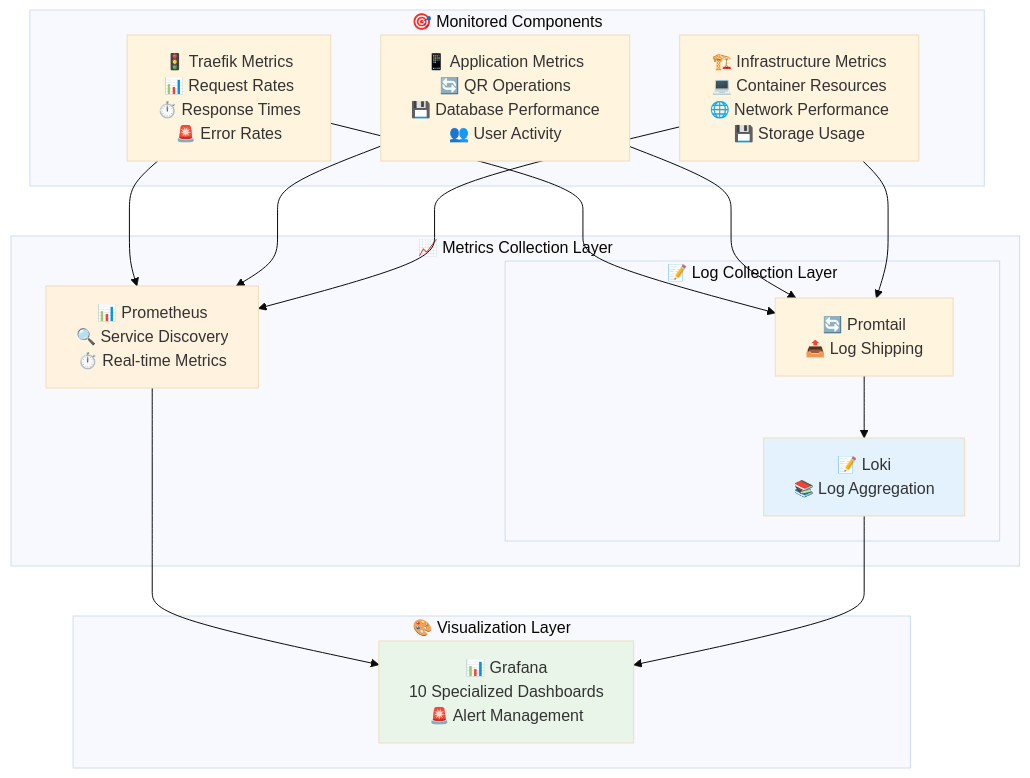
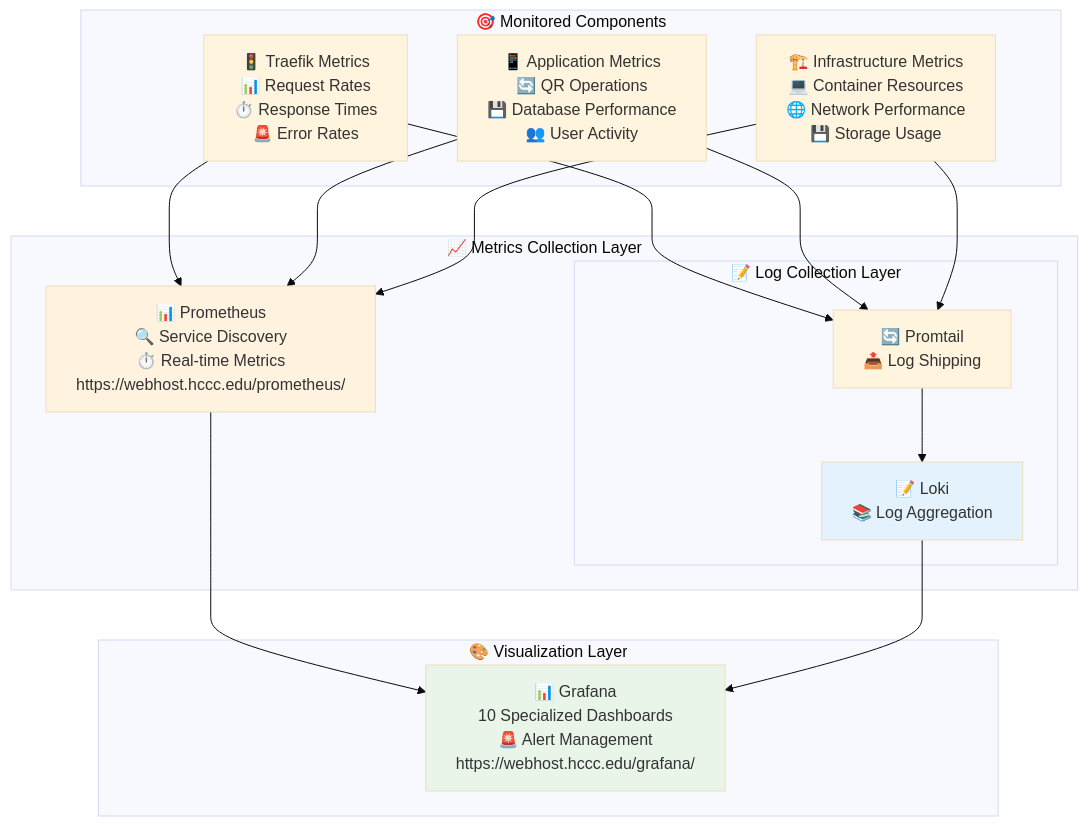
Diagram 12 of 18 in NETWORK_INFRASTRUCTURE.md (gsinghjay/mvp_qr_gen), drawn with Mermaid (base theme) before and after one commit. The commit also changed other lines of this file, not shown here.

````diff
--- a/NETWORK_INFRASTRUCTURE.md
+++ b/NETWORK_INFRASTRUCTURE.md
@@ -439,39 +439,39 @@
 ```mermaid
 graph TB
     subgraph "📈 Metrics Collection Layer"
-        PROM[📊 Prometheus<br/>🔍 Service Discovery<br/>⏱️ Real-time Metrics]
+        PROM[📊 Prometheus<br/>🔍 Service Discovery<br/>⏱️ Real-time Metrics<br/>https://webhost.hccc.edu/prometheus/]
         
         subgraph "📝 Log Collection Layer"
             LOKI[📝 Loki<br/>📚 Log Aggregation]
             PROMTAIL[🔄 Promtail<br/>📤 Log Shipping]
         end
     end
     
     subgraph "🎨 Visualization Layer"
-        GRAFANA[📊 Grafana<br/>10 Specialized Dashboards<br/>🚨 Alert Management]
+        GRAFANA[📊 Grafana<br/>10 Specialized Dashboards<br/>🚨 Alert Management<br/>https://webhost.hccc.edu/grafana/]
     end
     
     subgraph "🎯 Monitored Components"
         TRAEFIK_M[🚦 Traefik Metrics<br/>📊 Request Rates<br/>⏱️ Response Times<br/>🚨 Error Rates]
         
         APP_M[📱 Application Metrics<br/>🔄 QR Operations<br/>💾 Database Performance<br/>👥 User Activity]
         
         INFRA_M[🏗️ Infrastructure Metrics<br/>💻 Container Resources<br/>🌐 Network Performance<br/>💾 Storage Usage]
     end
     
     TRAEFIK_M --> PROM
     APP_M --> PROM
     INFRA_M --> PROM
     
     TRAEFIK_M --> PROMTAIL
     APP_M --> PROMTAIL
     INFRA_M --> PROMTAIL
     
     PROMTAIL --> LOKI
     PROM --> GRAFANA
     LOKI --> GRAFANA
     
     style PROM fill:#fff3e0
     style LOKI fill:#e3f2fd
     style GRAFANA fill:#e8f5e8
 ```
````
